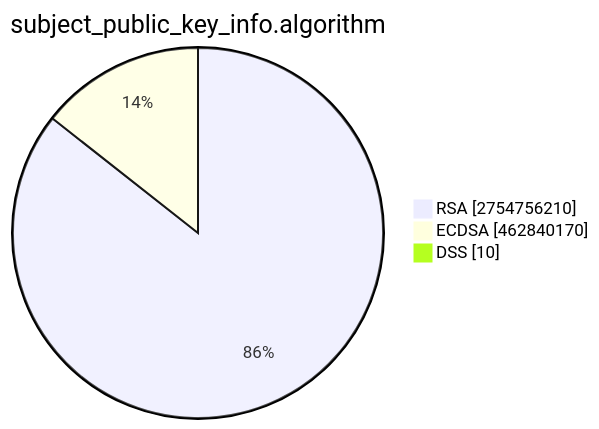
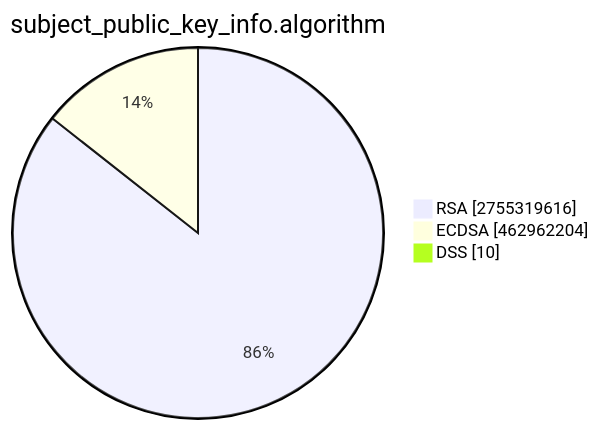
Before and after one commit to christiankrug/ctmonitor_visualization: the second of 15 diagrams in TOTAL/README.md, drawn with Mermaid. The commit also changed other lines of this file, not shown here.

````diff
--- a/TOTAL/README.md
+++ b/TOTAL/README.md
@@ -6,7 +6,7 @@
 ```mermaid
 pie showData
 title subject_public_key_info.algorithm
-"RSA" :2754756210
-"ECDSA" :462840170
+"RSA" :2755319616
+"ECDSA" :462962204
 "DSS" :10
 ```
````
